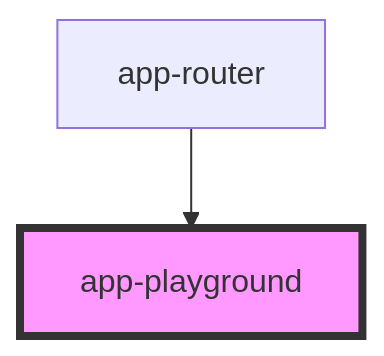
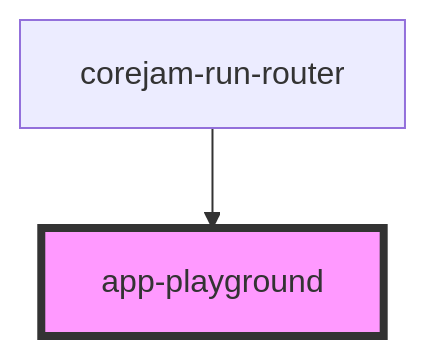
Before and after one commit to corejam/corejam: the diagram in packages/dev/app/components/Playground/readme.md, drawn with Mermaid. The commit also changed other lines of this file and 121 other files, not shown here.

````diff
--- a/packages/dev/app/components/Playground/readme.md
+++ b/packages/dev/app/components/Playground/readme.md
@@ -23,5 +23,5 @@
 ```mermaid
 graph TD;
-  app-router --> app-playground
+  corejam-run-router --> app-playground
   style app-playground fill:#f9f,stroke:#333,stroke-width:4px
 ```
````
